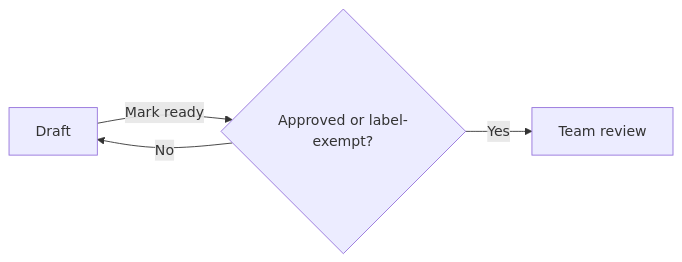
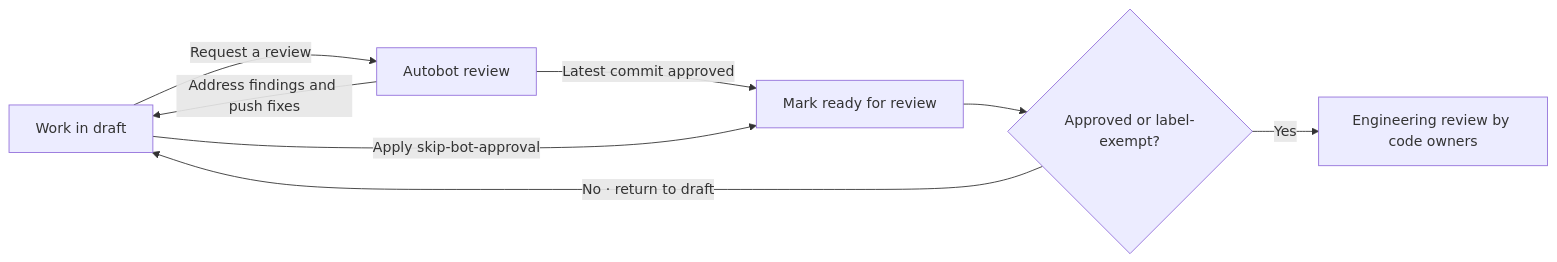
The diagram in .github/autobot/draft-review.md (NVIDIA/Megatron-LM), drawn with Mermaid before and after one commit.

Commit message:
docs(review): show draft review and exemption paths in the flowchart

````diff
--- a/.github/autobot/draft-review.md
+++ b/.github/autobot/draft-review.md
@@ -8,6 +8,10 @@
 ```mermaid
 flowchart LR
-    D[Draft] -->|Mark ready| G{Approved or label-exempt?}
-    G -->|Yes| R[Team review]
-    G -->|No| D
+    D[Work in draft] -->|Request a review| B[Autobot review]
+    B -->|Address findings and push fixes| D
+    B -->|Latest commit approved| R[Mark ready for review]
+    D -->|Apply skip-bot-approval| R
+    R --> G{Approved or label-exempt?}
+    G -->|No · return to draft| D
+    G -->|Yes| E[Engineering review by code owners]
 ```
````
